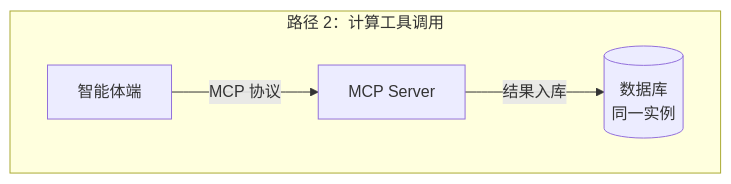
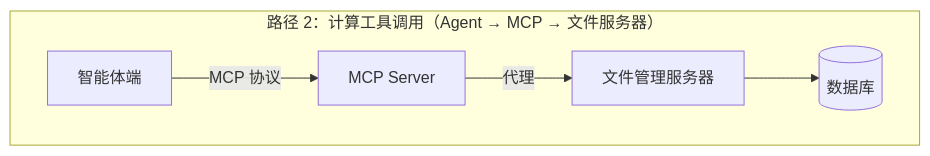
The third of 4 diagrams in LASPAI 智能体系统总体设计方案.md (zhou-tian-yi/laspai-agent-design), drawn with Mermaid before and after one commit. The commit also changed other lines of this file and 4 other files, not shown here.

````diff
--- a/LASPAI 智能体系统总体设计方案.md
+++ b/LASPAI 智能体系统总体设计方案.md
@@ -167,8 +174,9 @@
 ```mermaid
 flowchart LR
-    subgraph PATH2["路径 2：计算工具调用"]
+    subgraph PATH2["路径 2：计算工具调用（Agent → MCP → 文件服务器）"]
         direction LR
-        AGENT2[智能体端] -->|"MCP 协议"| MCP[MCP Server]
-        MCP -->|"结果入库"| DB2[(数据库<br/>同一实例)]
+        AG2[智能体端] -->|"MCP 协议"| MCP2[MCP Server]
+        MCP2 -->|"代理"| FS2[文件管理服务器]
+        FS2 --> DB2[(数据库)]
     end
 ```
````
